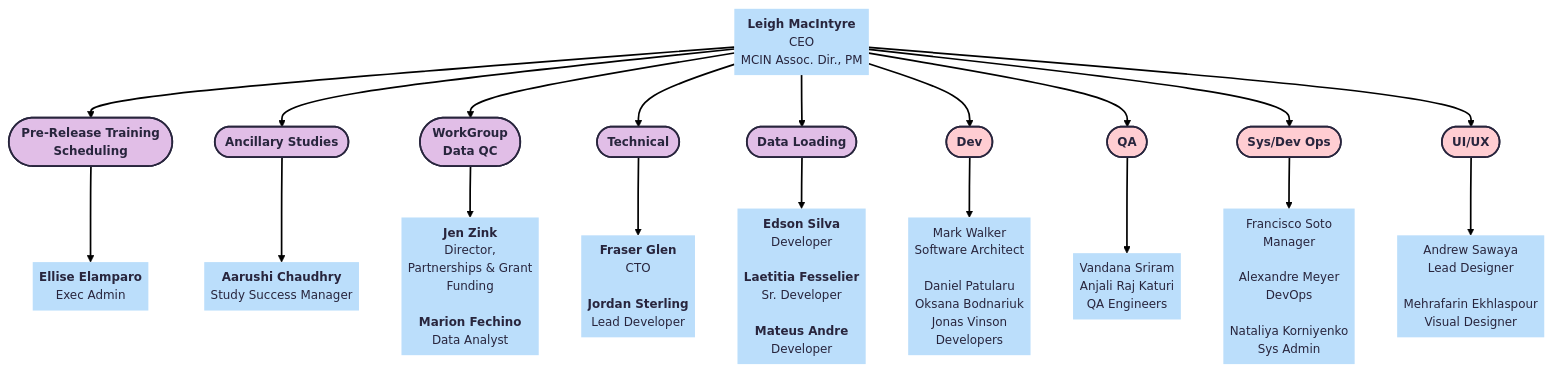
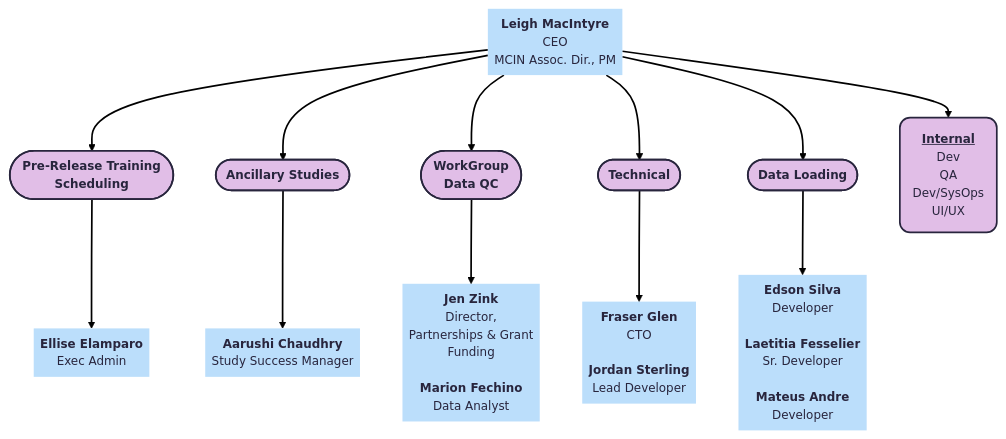
Before and after one commit to DCAN-Labs/hbcd-docs-internal: the first of 3 diagrams in docs/orgcharts_alt.md, drawn with Mermaid. The commit also changed other lines of this file, not shown here.

````diff
--- a/docs/orgcharts_alt.md
+++ b/docs/orgcharts_alt.md
@@ -3,47 +3,33 @@
 ```mermaid
 ---
 config:
   theme: redux
 ---
 flowchart TB
-    A["<b>Leigh MacIntyre</b><br>CEO<br>MCIN Assoc. Dir., PM"] --> B(["<b>Pre-Release Training<br>Scheduling<br></b>"]) & n1(["<b>Ancillary Studies</b>"]) & n2(["<b>WorkGroup<br>Data QC</b>"]) & n3(["<b>Technical</b>"]) & n4(["<b>Data Loading</b>"]) & n18@{ label: "<b style=\"\">Dev</b>" } & n19(["<b>QA</b>"]) & n20(["<b>Sys/Dev Ops</b>"]) & n21(["<b>UI/UX</b>"])
+    A["<b>Leigh MacIntyre</b><br>CEO<br>MCIN Assoc. Dir., PM"] --> B(["<b>Pre-Release Training<br>Scheduling<br></b>"]) & n1(["<b>Ancillary Studies</b>"]) & n2(["<b>WorkGroup<br>Data QC</b>"]) & n3(["<b>Technical</b>"]) & n4(["<b>Data Loading</b>"]) & n18@{ label: "<b><u>Internal</u><br></b><span style=\"--tw-scale-x:\">Dev<br style=\"--tw-scale-x:\">QA<br style=\"--tw-scale-x:\">Dev/SysOps<br style=\"--tw-scale-x:\">UI/UX</span><b></b>" }
     B --> n5["<b>Ellise Elamparo</b><br>Exec Admin"]
     n1 --> n6["<b>Aarushi Chaudhry<br></b>Study Success Manager"]
     n2 --> n7["<b>Jen Zink<br></b>Director,<br>Partnerships &amp; Grant<br>Funding<br><br><b>Marion Fechino</b><br>Data Analyst"]
     n3 --> n8["<b>Fraser Glen<br></b>CTO<br><br><b>Jordan Sterling<br></b>Lead Developer"]
     n4 --> n9["<b>Edson Silva<br></b>Developer<br><br><b>Laetitia Fesselier<br></b>Sr. Developer<br><br><b>Mateus Andre<br></b>Developer"]
-    n18 --> n22@{ label: "<span style=\"--tw-scale-x:\">Mark Walker<br style=\"--tw-scale-x:\"></span>Software Architect<br style=\"--tw-scale-x:\"><br style=\"--tw-scale-x:\"><span style=\"--tw-scale-x:\">Daniel Patularu</span><br style=\"--tw-scale-x:\"><span style=\"--tw-scale-x:\">Oksana Bodnariuk<br style=\"--tw-scale-x:\">Jonas Vinson<br style=\"--tw-scale-x:\"></span>Developers" }
-    n19 --> n23@{ label: "Vandana Sriram<br><span style=\"--tw-scale-x:\">Anjali Raj Katuri<br>QA Engineers</span>" }
-    n20 --> n24@{ label: "Francisco Soto<br>Manager<br><br><span style=\"--tw-scale-x:\">Alexandre Meyer<br>DevOps<br><br><span style=\"--tw-scale-x:\">Nataliya Korniyenko<br>Sys Admin</span></span>" }
-    n21 --> n25@{ label: "<span style=\"--tw-scale-x:\">Andrew Sawaya<br style=\"--tw-scale-x:\"></span>Lead Designer<br><br><span style=\"--tw-scale-x:\">Mehrafarin Ekhlaspour<br style=\"--tw-scale-x:\"></span>Visual Designer" }
     A@{ shape: text}
-    n18@{ shape: stadium}
+    n18@{ shape: rounded}
     n5@{ shape: text}
     n6@{ shape: text}
     n7@{ shape: text}
     n8@{ shape: text}
     n9@{ shape: text}
-    n22@{ shape: text}
-    n23@{ shape: text}
-    n24@{ shape: text}
-    n25@{ shape: text}
     style A fill:#BBDEFB
     style B fill:#E1BEE7
     style n1 fill:#E1BEE7
     style n2 fill:#E1BEE7
     style n3 fill:#E1BEE7
     style n4 fill:#E1BEE7
-    style n18 fill:#FFCDD2
-    style n19 fill:#FFCDD2
-    style n20 fill:#FFCDD2
-    style n21 fill:#FFCDD2
+    style n18 fill:#E1BEE7
     style n5 fill:#BBDEFB
     style n6 fill:#BBDEFB
     style n7 fill:#BBDEFB
     style n8 fill:#BBDEFB
     style n9 fill:#BBDEFB
-    style n22 fill:#BBDEFB
-    style n23 fill:#BBDEFB
-    style n24 fill:#BBDEFB
-    style n25 fill:#BBDEFB
+    click n18 "#internal-non-consortium-facing"
 ```
````
